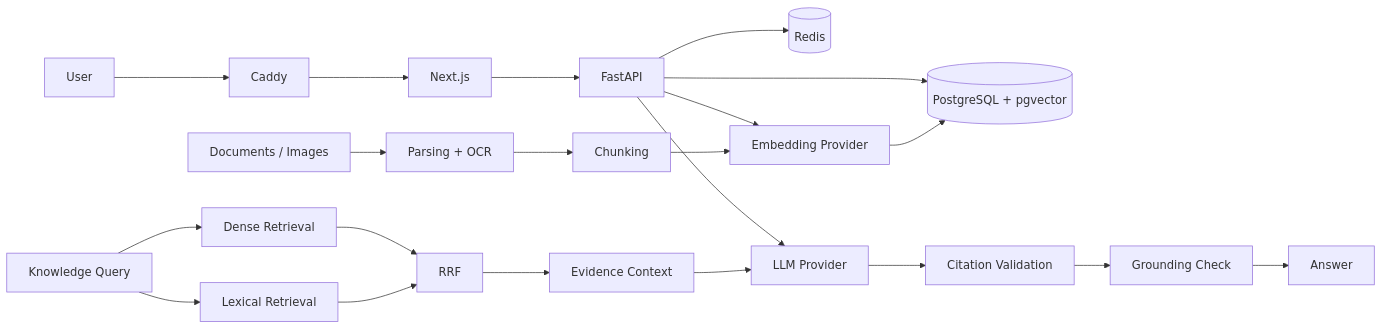
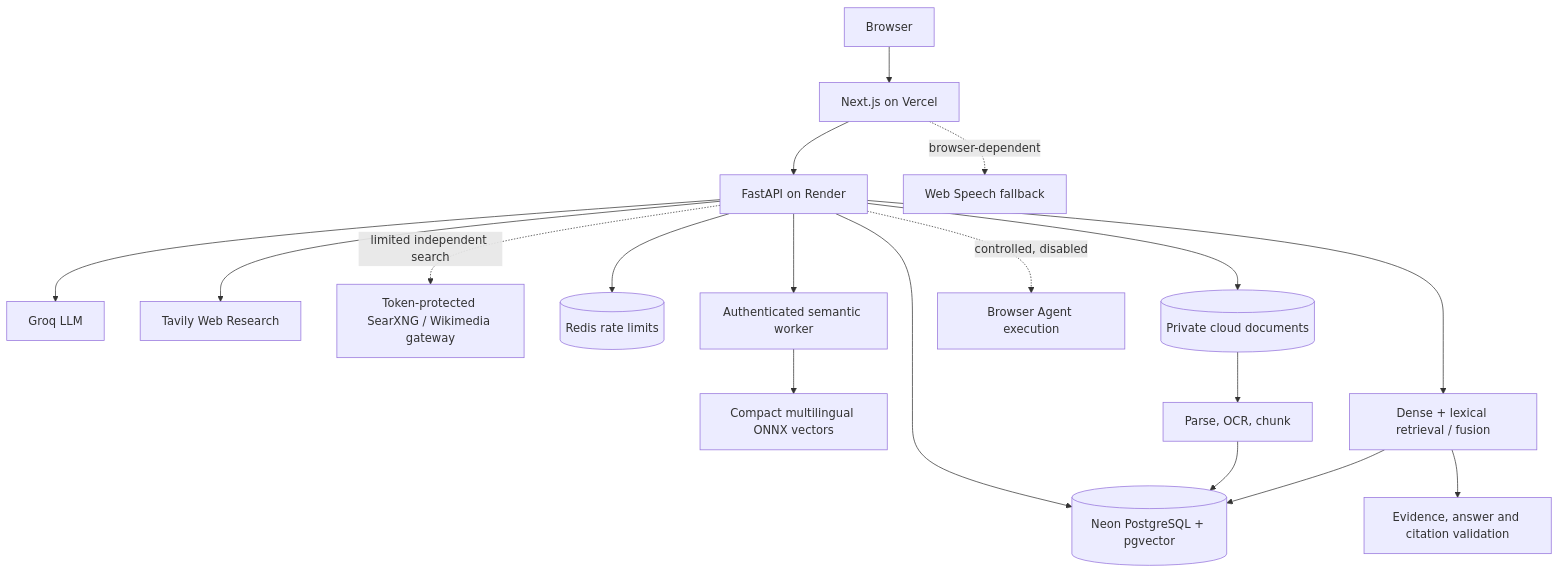
The diagram in README.md (naim-munshi/aqlyra-rag-ai), drawn with Mermaid before and after one commit. The commit also changed other lines of this file, not shown here.

Commit message:
docs: replace stale pre-production README with verified production architecture, honest feature status and demo guide

````diff
--- a/README.md
+++ b/README.md
@@ -66,26 +48,20 @@
-```mermaid
-flowchart LR
-    U[User] --> C[Caddy]
-    C --> F[Next.js]
-    F --> B[FastAPI]
-
-    B --> PG[(PostgreSQL + pgvector)]
-    B --> R[(Redis)]
-    B --> L[LLM Provider]
-    B --> E[Embedding Provider]
-
-    D[Documents / Images] --> P[Parsing + OCR]
-    P --> CH[Chunking]
-    CH --> E
-    E --> PG
-
-    Q[Knowledge Query] --> DR[Dense Retrieval]
-    Q --> LR[Lexical Retrieval]
-    DR --> RF[RRF]
-    LR --> RF
-    RF --> CTX[Evidence Context]
-    CTX --> L
-    L --> CV[Citation Validation]
-    CV --> GV[Grounding Check]
-    GV --> A[Answer]
-```
+~~~mermaid
+flowchart TB
+  U[Browser] --> F[Next.js on Vercel]
+  F --> API[FastAPI on Render]
+  API --> GROQ[Groq LLM]
+  API --> SEARCH[Tavily Web Research]
+  API -. limited independent search .-> SX[Token-protected SearXNG / Wikimedia gateway]
+  API --> DB[(Neon PostgreSQL + pgvector)]
+  API --> REDIS[(Redis rate limits)]
+  API --> OBJ[(Private cloud documents)]
+  API --> EMB[Authenticated semantic worker]
+  EMB --> ONNX[Compact multilingual ONNX vectors]
+  OBJ --> PARSE[Parse, OCR, chunk]
+  PARSE --> DB
+  API --> HY[Dense + lexical retrieval / fusion]
+  HY --> DB
+  HY --> CIT[Evidence, answer and citation validation]
+  API -. controlled, disabled .-> BROWSER[Browser Agent execution]
+  F -. browser-dependent .-> SPEECH[Web Speech fallback]
+~~~
````
